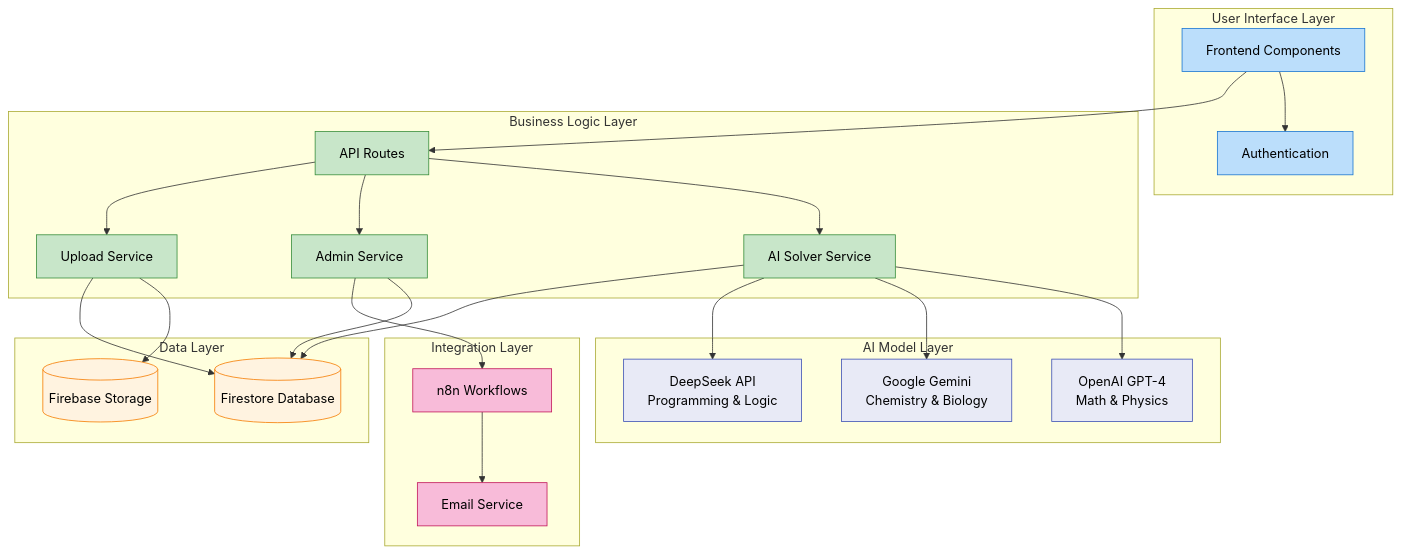
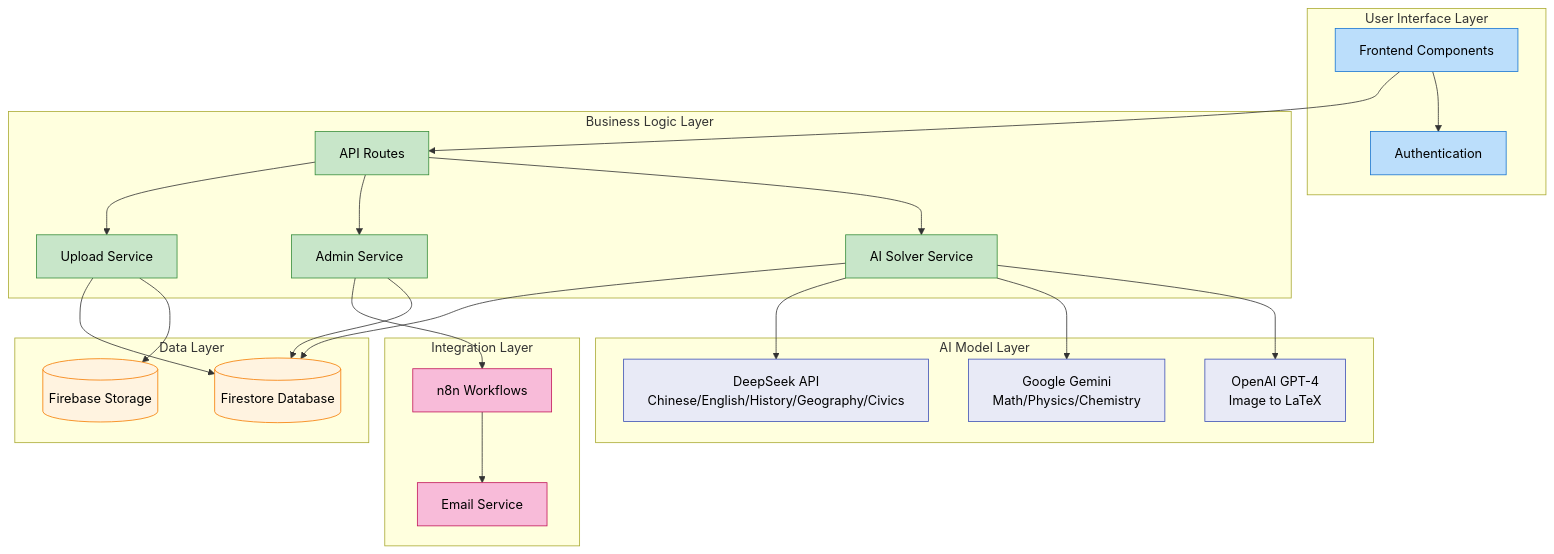
One commit to eason034056/tutor-matching changed the second of 4 diagrams in README.md. Above: the diagram before and after it, drawn with Mermaid.

````diff
--- a/README.md
+++ b/README.md
@@ -98,64 +98,64 @@
 ```mermaid
 graph TD
     subgraph "User Interface Layer"
         UI[Frontend Components]
         Auth[Authentication]
     end
     
     subgraph "Business Logic Layer"
         API[API Routes]
         Solver[AI Solver Service]
         Admin[Admin Service]
         Upload[Upload Service]
     end
     
     subgraph "Data Layer"
         DB[(Firestore Database)]
         Storage[(Firebase Storage)]
     end
     
     subgraph "AI Model Layer"
-        OpenAI[OpenAI GPT-4<br/>Math & Physics]
-        Gemini[Google Gemini<br/>Chemistry & Biology]
-        DeepSeek[DeepSeek API<br/>Programming & Logic]
+        OpenAI[OpenAI GPT-4<br/>Image to LaTeX]
+        Gemini[Google Gemini<br/>Math/Physics/Chemistry]
+        DeepSeek[DeepSeek API<br/>Chinese/English/History/Geography/Civics]
     end
     
     subgraph "Integration Layer"
         N8N[n8n Workflows]
         Email[Email Service]
     end
     
     %% Clean connections
     UI --> Auth
     UI --> API
     
     API --> Solver
     API --> Admin  
     API --> Upload
     
     Solver --> OpenAI
     Solver --> Gemini
     Solver --> DeepSeek
     Solver --> DB
     
     Admin --> DB
     Admin --> N8N
     
     Upload --> Storage
     Upload --> DB
     
     N8N --> Email
     
     %% Styling with black text
     classDef ui fill:#bbdefb,stroke:#1976d2,color:#000
     classDef logic fill:#c8e6c9,stroke:#388e3c,color:#000
     classDef data fill:#fff3e0,stroke:#f57c00,color:#000
     classDef ai fill:#e8eaf6,stroke:#3f51b5,color:#000
     classDef integration fill:#f8bbd9,stroke:#c2185b,color:#000
     
     class UI,Auth ui
     class API,Solver,Admin,Upload logic
     class DB,Storage data
     class OpenAI,Gemini,DeepSeek ai
     class N8N,Email integration
 ```
````
